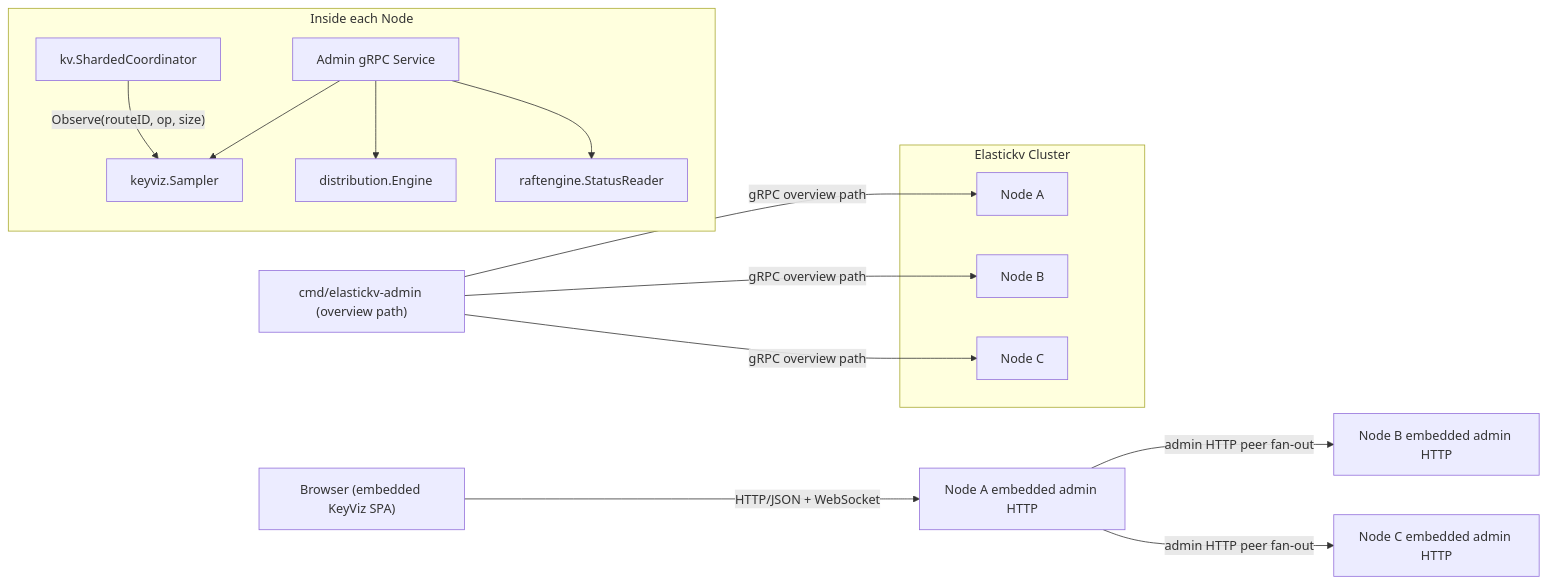
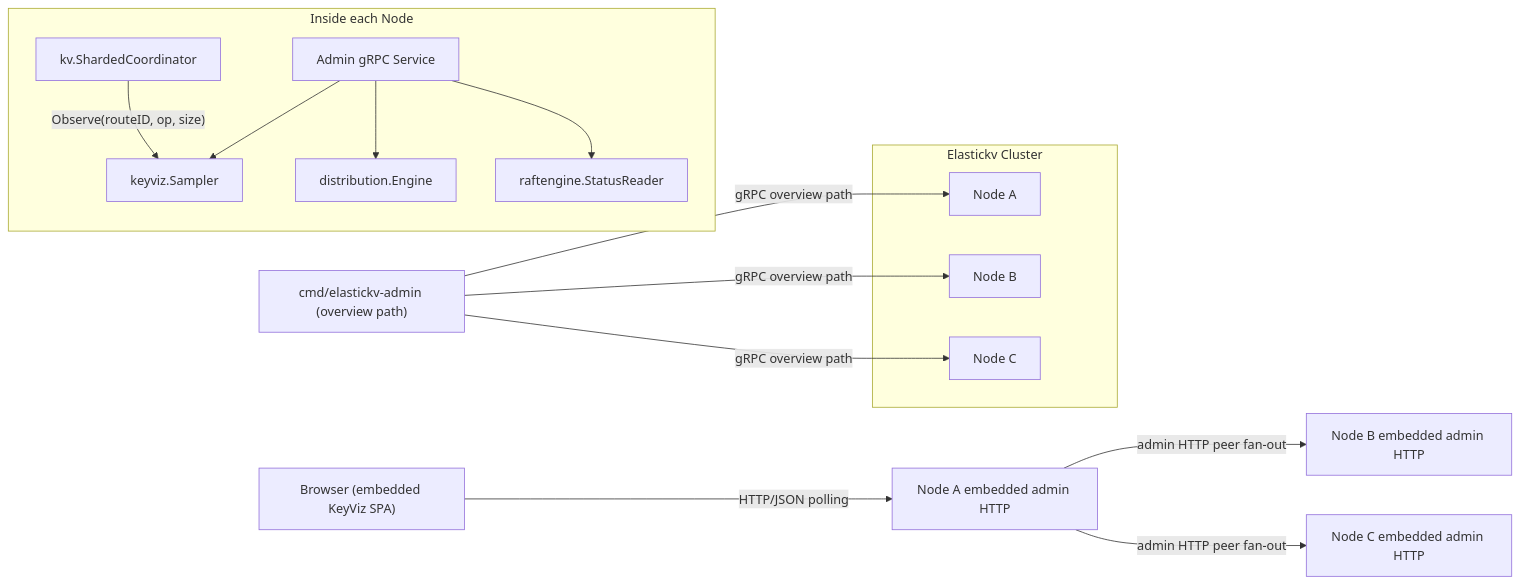
One commit to bootjp/elastickv changed the diagram in docs/admin_ui_key_visualizer_design.md. Above: the diagram before and after it, drawn with Mermaid. The commit also changed other lines of this file and 2 other files, not shown here.

````diff
--- a/docs/admin_ui_key_visualizer_design.md
+++ b/docs/admin_ui_key_visualizer_design.md
@@ -39,36 +39,36 @@
 ```mermaid
 flowchart LR
   Browser["Browser (embedded KeyViz SPA)"]
   Standalone["cmd/elastickv-admin (overview path)"]
 
   Node1HTTP["Node A embedded admin HTTP"]
   Node2HTTP["Node B embedded admin HTTP"]
   Node3HTTP["Node C embedded admin HTTP"]
 
   subgraph Cluster["Elastickv Cluster"]
     Node1["Node A"]
     Node2["Node B"]
     Node3["Node C"]
   end
 
-  Browser -- "HTTP/JSON + WebSocket" --> Node1HTTP
+  Browser -- "HTTP/JSON polling" --> Node1HTTP
   Node1HTTP -- "admin HTTP peer fan-out" --> Node2HTTP
   Node1HTTP -- "admin HTTP peer fan-out" --> Node3HTTP
 
   Standalone -- "gRPC overview path" --> Node1
   Standalone -- "gRPC overview path" --> Node2
   Standalone -- "gRPC overview path" --> Node3
 
   subgraph NodeInternal["Inside each Node"]
     Sampler["keyviz.Sampler"]
     Coord["kv.ShardedCoordinator"]
     Dist["distribution.Engine"]
     Raft["raftengine.StatusReader"]
     AdminSvc["Admin gRPC Service"]
   end
 
   Coord -- "Observe(routeID, op, size)" --> Sampler
   AdminSvc --> Sampler
   AdminSvc --> Dist
   AdminSvc --> Raft
 ```
````
